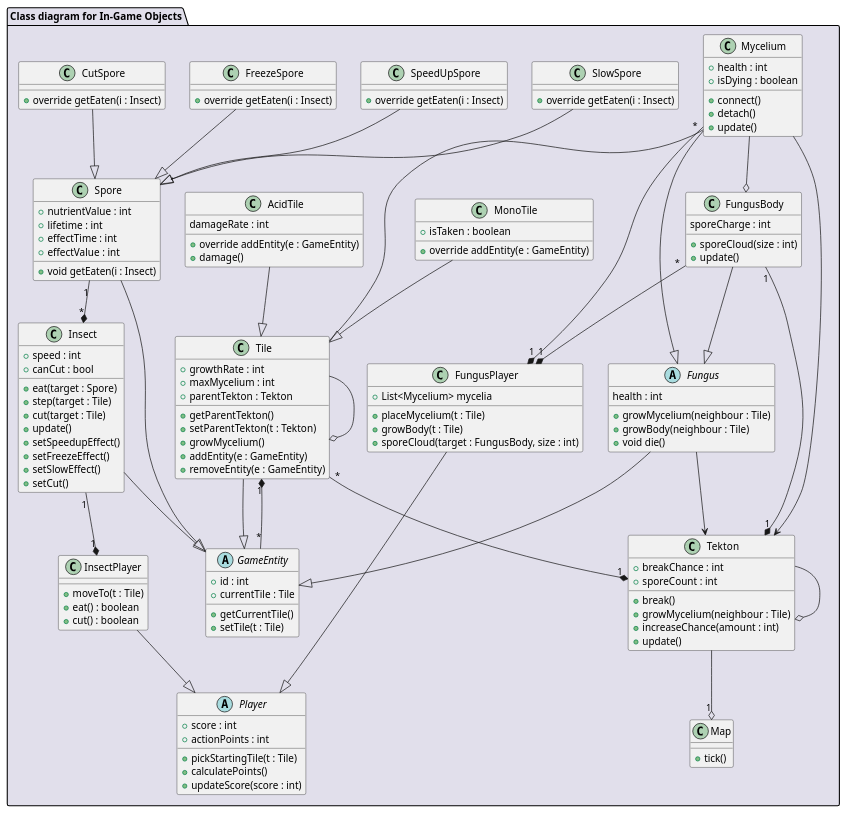
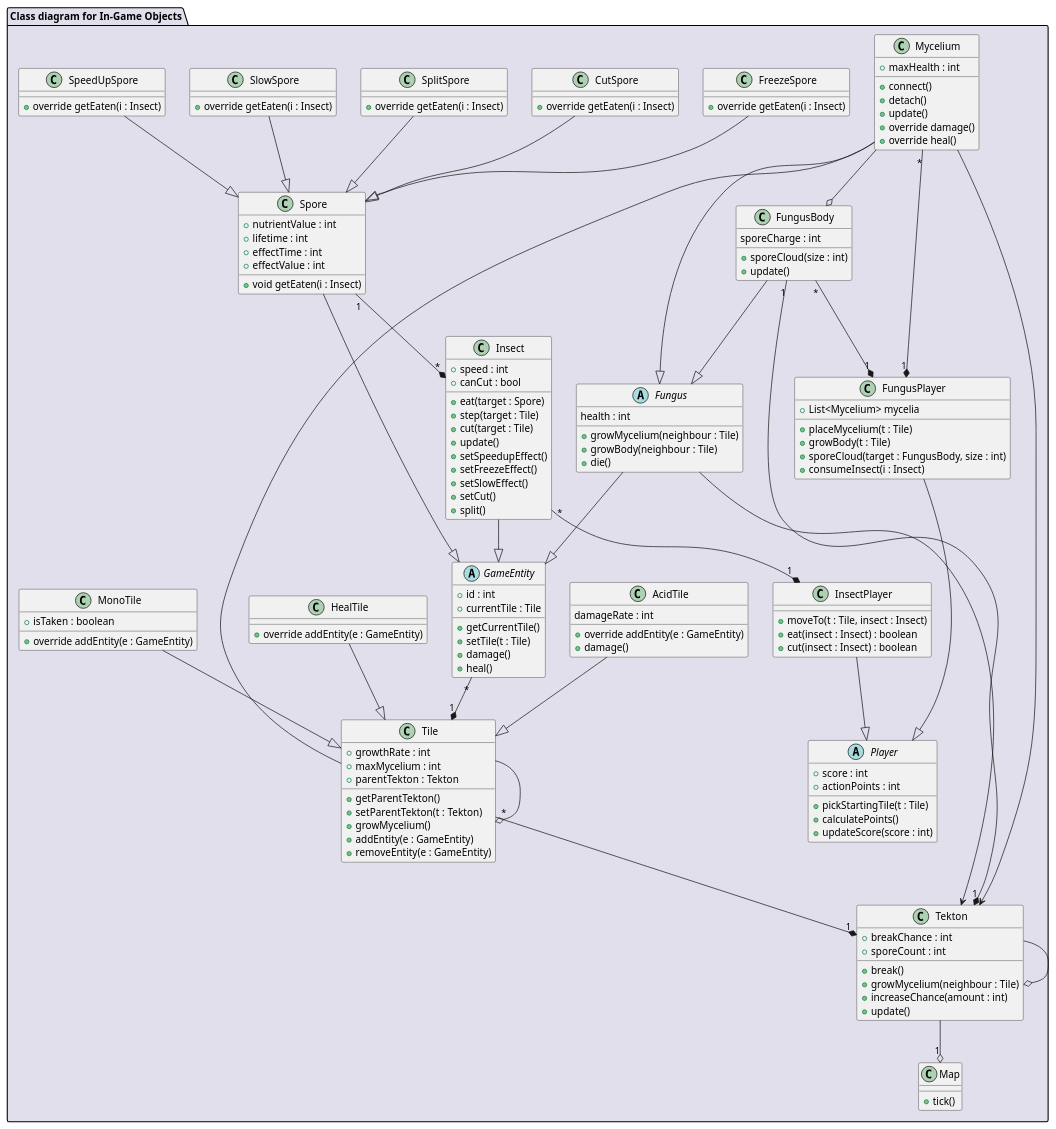
The diagram in diagrams/diagramFiles/CD_InGameObjects.puml (Harcipan/Projlab_nullpointerexception), drawn with PlantUML before and after one commit. The commit also changed 17 other files, not shown here.

Commit message:
added new requirements to code and class diagram

```diff
--- a/diagrams/diagramFiles/CD_InGameObjects.puml
+++ b/diagrams/diagramFiles/CD_InGameObjects.puml
@@ -1,166 +1,183 @@
 @startuml CD_InGameObjects
 
 package "Class diagram for In-Game Objects" #E1DFEB {
     
     'world elements'
 
     class Map {
         + tick()
     }
 
     class Tekton {
         + breakChance : int
         + sporeCount : int
         + break()
         + growMycelium(neighbour : Tile)
         + increaseChance(amount : int)
         + update()
     }
 
     class Tile {
         + growthRate : int
         + maxMycelium : int
         + parentTekton : Tekton
         + getParentTekton()
         + setParentTekton(t : Tekton)
         + growMycelium()
         + addEntity(e : GameEntity)
         + removeEntity(e : GameEntity)
     }
 
     class MonoTile {
         + isTaken : boolean
         + override addEntity(e : GameEntity)
     }
 
     class AcidTile {
         damageRate : int
         + override addEntity(e : GameEntity)
         + damage()
     }
+
+    class HealTile {
+        + override addEntity(e : GameEntity)
+    }
     'interactive elements'
 
     abstract class GameEntity {
         + id : int
         + currentTile : Tile
         + getCurrentTile()
         + setTile(t : Tile)
+        + damage()
+        + heal()
     }
 
     class Mycelium {
-        + health : int
-        + isDying : boolean
+        + maxHealth : int
         + connect()
         + detach()
-        +update()
+        + update()
+        + override damage()
+        + override heal()
     }
 
     class Spore {
         + nutrientValue : int
         + lifetime : int
         + effectTime : int
         + effectValue : int
         + void getEaten(i : Insect)
     }
 
     class SlowSpore {
         + override getEaten(i : Insect)
     }
 
     class SpeedUpSpore {
         + override getEaten(i : Insect)
     }
 
     class FreezeSpore {
         + override getEaten(i : Insect)
     }
 
     class CutSpore {
         + override getEaten(i : Insect)
     }
 
+    class SplitSpore {
+        + override getEaten(i : Insect)
+    }
+
     'playable elements'
 
     abstract class Player {
         + score : int
         + actionPoints : int
         + pickStartingTile(t : Tile)
         + calculatePoints()
         + updateScore(score : int)
     }
 
 
     class FungusPlayer {
         + List<Mycelium> mycelia
         + placeMycelium(t : Tile)
         + growBody(t : Tile)
         + sporeCloud(target : FungusBody, size : int)
+        + consumeInsect(i : Insect)
     }
 
     abstract class Fungus {
         health : int
         + growMycelium(neighbour : Tile)
         + growBody(neighbour : Tile)
-        + void die()
+        + die()
     }
 
     class FungusBody {
         sporeCharge : int
         + sporeCloud(size : int)
         + update()
     }
     
     class InsectPlayer {
-        + moveTo(t : Tile)
-        + eat() : boolean
-        + cut() : boolean
+        + moveTo(t : Tile, insect : Insect)
+        + eat(insect : Insect) : boolean
+        + cut(insect : Insect) : boolean
     }
 
     class Insect {
         + speed : int
         + canCut : bool
         + eat(target : Spore)
         + step(target : Tile)
         + cut(target : Tile)
         + update()
         + setSpeedupEffect()
         + setFreezeEffect()
         + setSlowEffect()
         + setCut()
+        + split()
     }
 
     'connections'
 
     Spore --|> GameEntity
     Fungus --|> GameEntity
     Insect --|> GameEntity
-    Tile --|> GameEntity
 
     Mycelium --o FungusBody
+
     SlowSpore --|> Spore
     FreezeSpore --|> Spore
     SpeedUpSpore --|> Spore
     CutSpore --|> Spore
+    SplitSpore --|> Spore
+
     Tekton --o "1" Map
     FungusBody "1" --* "1" Tekton
     Fungus --> Tekton
     Mycelium --> Tekton
     Tile "*" --* "1" Tekton
+
     MonoTile --|> Tile
     AcidTile --|> Tile
+    HealTile --|> Tile
     
     Mycelium --|> Fungus
     FungusBody --|> Fungus
     GameEntity "*" --* "1" Tile
     Tile  --o  Tile
     Tekton --o Tekton
     FungusPlayer --|> Player
     Mycelium "*" --* "1" FungusPlayer
     InsectPlayer --|> Player
-    Insect "1" --* "1" InsectPlayer
+    Insect "*" --* "1" InsectPlayer
     FungusBody "*" --* "1" FungusPlayer
     Spore "1" --* "*" Insect
     Mycelium  -- Tile
 }
 
 @enduml
```
